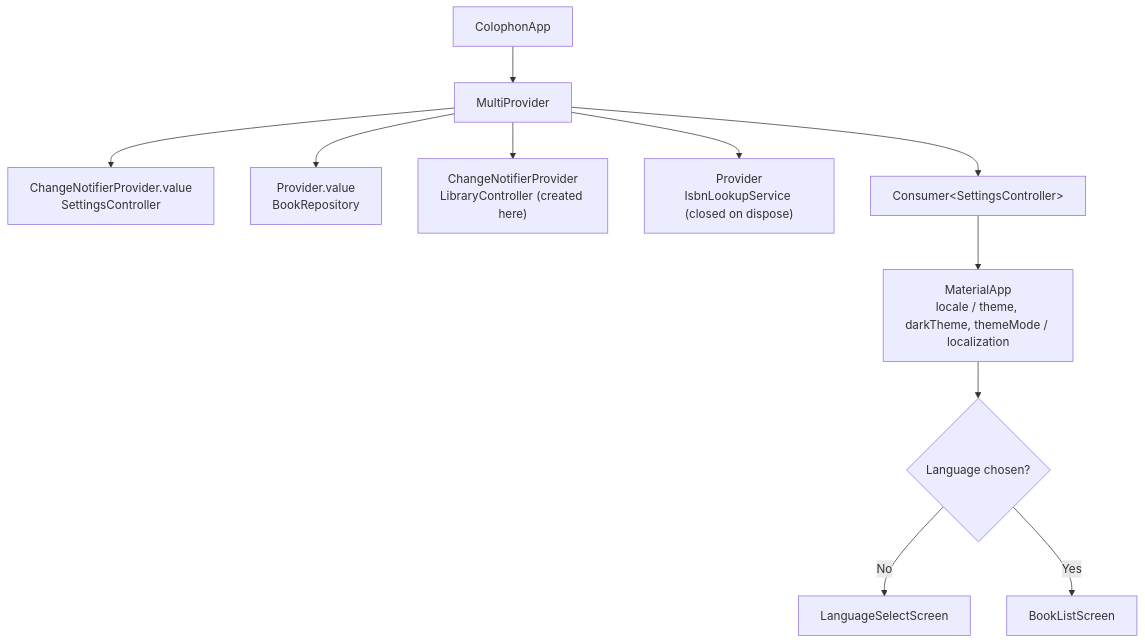
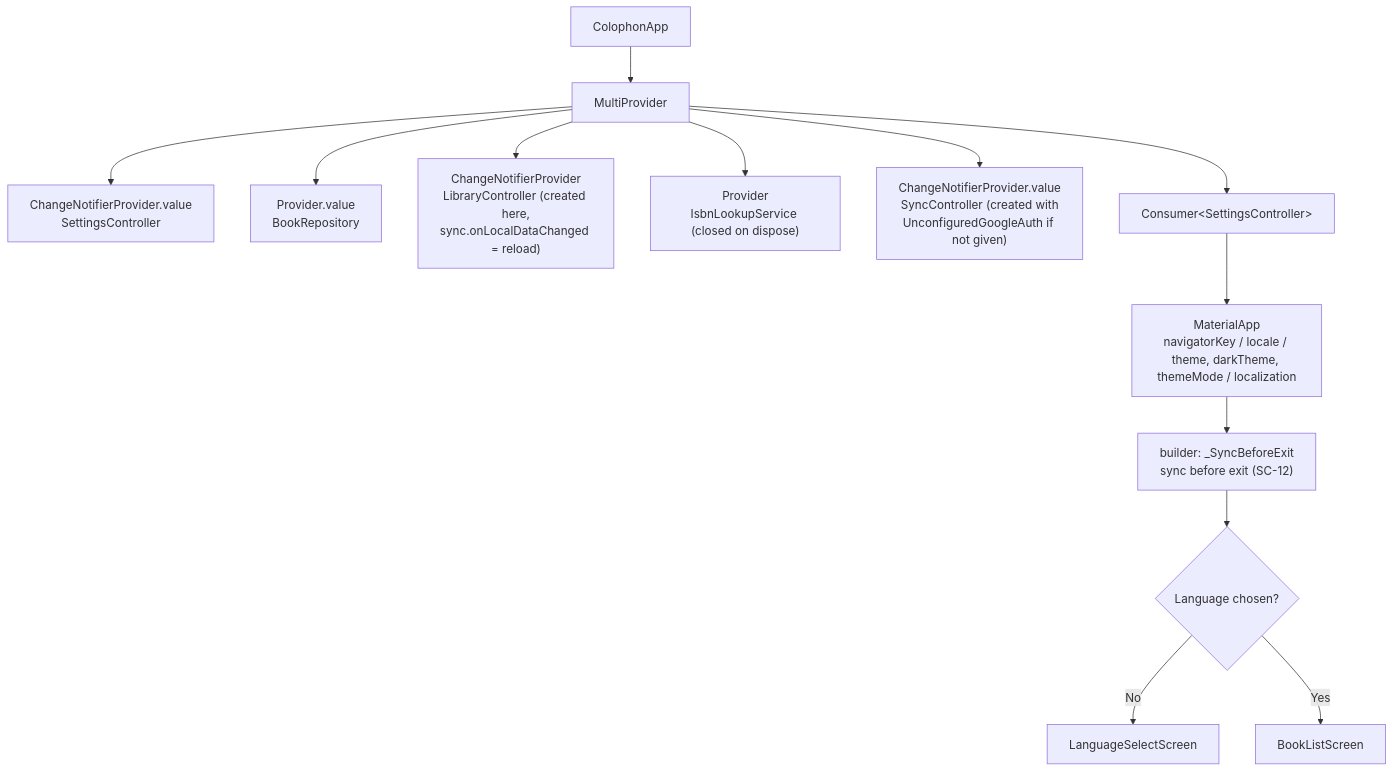
One commit to colophonbooks/colophon changed the fifth of 13 diagrams in docs/design/detail-design.md. Above: the diagram before and after it, drawn with Mermaid. The commit also changed other lines of this file and 7 other files, not shown here.

First line of the commit message:
Document Google Drive sync

````diff
--- a/docs/design/detail-design.md
+++ b/docs/design/detail-design.md
@@ -494,13 +562,15 @@
 ```mermaid
 flowchart TB
     app["ColophonApp"] --> mp["MultiProvider"]
     mp --> p1["ChangeNotifierProvider.value<br/>SettingsController"]
     mp --> p2["Provider.value<br/>BookRepository"]
-    mp --> p3["ChangeNotifierProvider<br/>LibraryController (created here)"]
+    mp --> p3["ChangeNotifierProvider<br/>LibraryController (created here,<br/>sync.onLocalDataChanged = reload)"]
     mp --> p4["Provider<br/>IsbnLookupService (closed on dispose)"]
+    mp --> p5["ChangeNotifierProvider.value<br/>SyncController (created with<br/>UnconfiguredGoogleAuth if not given)"]
     mp --> consumer["Consumer&lt;SettingsController&gt;"]
-    consumer --> material["MaterialApp<br/>locale / theme, darkTheme, themeMode / localization"]
-    material --> home{"Language chosen?"}
+    consumer --> material["MaterialApp<br/>navigatorKey / locale / theme, darkTheme, themeMode / localization"]
+    material --> exit["builder: _SyncBeforeExit<br/>sync before exit (SC-12)"]
+    exit --> home{"Language chosen?"}
     home -- No --> s1["LanguageSelectScreen"]
     home -- Yes --> s2["BookListScreen"]
 ```
````
